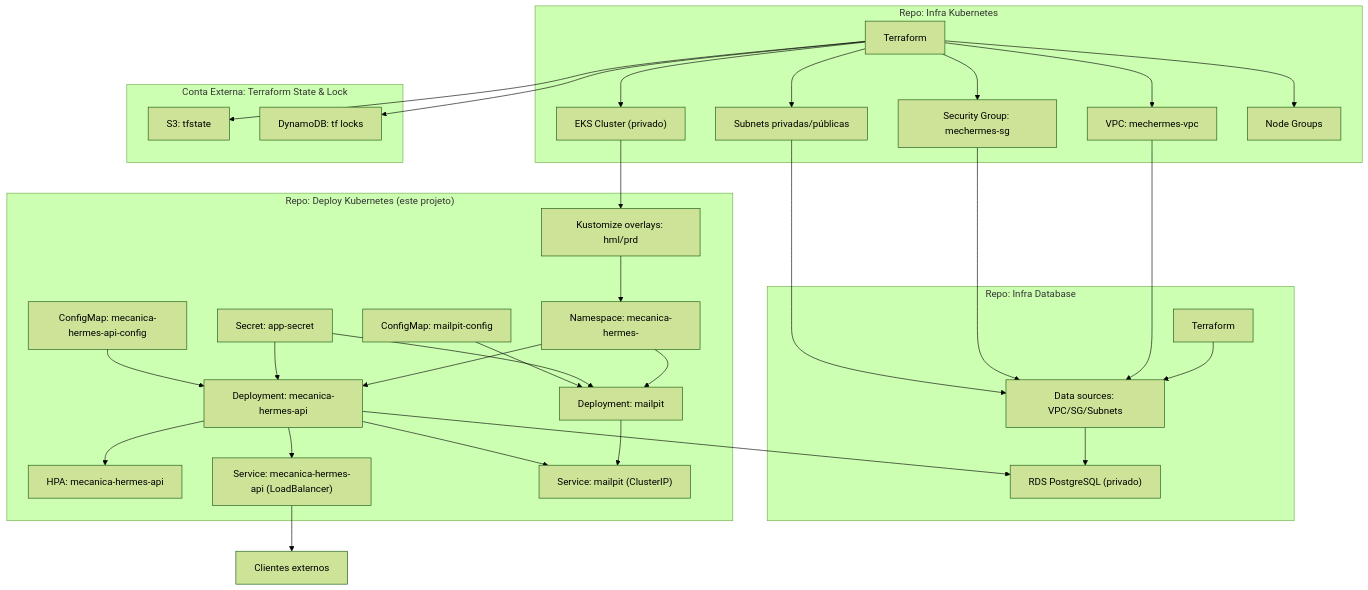
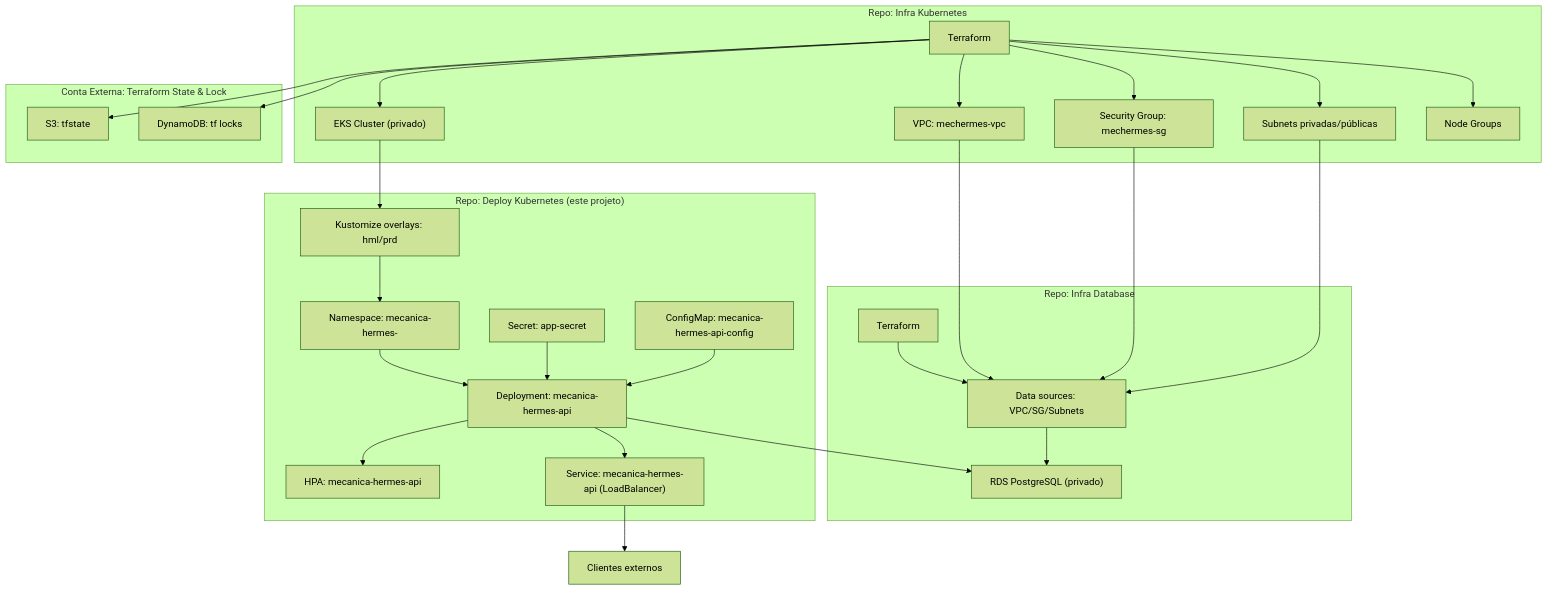
Before and after one commit to fiap-challenge-13soat/mecanica-hermes-k8s: the diagram in README.md, drawn with Mermaid (forest theme). The commit also changed other lines of this file and 6 other files, not shown here.

````diff
--- a/README.md
+++ b/README.md
@@ -41,64 +41,56 @@
 ```mermaid
 flowchart TB
   subgraph Step1["Repo: Infra Kubernetes"]
    TF1["Terraform"]
    VPC["VPC: mechermes-vpc"]
    SG["Security Group: mechermes-sg"]
    Subnet["Subnets privadas/públicas"]
    EKS["EKS Cluster (privado)"]
    Nodes["Node Groups"]
   end
 
   subgraph Step2["Repo: Infra Database"]
    TF2["Terraform"]
    Data["Data sources: VPC/SG/Subnets"]
    RDS["RDS PostgreSQL (privado)"]
   end
 
   subgraph Step3["Conta Externa: Terraform State & Lock"]
    S3["S3: tfstate"]
    DDB["DynamoDB: tf locks"]
   end
 
   subgraph Step4["Repo: Deploy Kubernetes (este projeto)"]
    Kustomize["Kustomize overlays: hml/prd"]
    Namespace["Namespace: mecanica-hermes-<env>"]
    Secret["Secret: app-secret"]
    CMApi["ConfigMap: mecanica-hermes-api-config"]
-   CMMail["ConfigMap: mailpit-config"]
    ApiDeploy["Deployment: mecanica-hermes-api"]
    HPA["HPA: mecanica-hermes-api"]
    ApiSvc["Service: mecanica-hermes-api (LoadBalancer)"]
-   MailDeploy["Deployment: mailpit"]
-   MailSvc["Service: mailpit (ClusterIP)"]
   end
 
   TF1 --> VPC
   TF1 --> SG
   TF1 --> Subnet
   TF1 --> EKS
   TF1 --> Nodes
   TF1 --> S3
   TF1 --> DDB
 
   TF2 --> Data --> RDS
   VPC --> Data
   SG --> Data
   Subnet --> Data
 
   EKS --> Kustomize
   Kustomize --> Namespace
   Namespace --> ApiDeploy
-  Namespace --> MailDeploy
   Secret --> ApiDeploy
-  Secret --> MailDeploy
   CMApi --> ApiDeploy
-  CMMail --> MailDeploy
   ApiDeploy --> HPA
   ApiDeploy --> ApiSvc
-  MailDeploy --> MailSvc
 
   ApiSvc --> Clients["Clientes externos"]
   ApiDeploy --> RDS
-  ApiDeploy --> MailSvc
 ```
````
